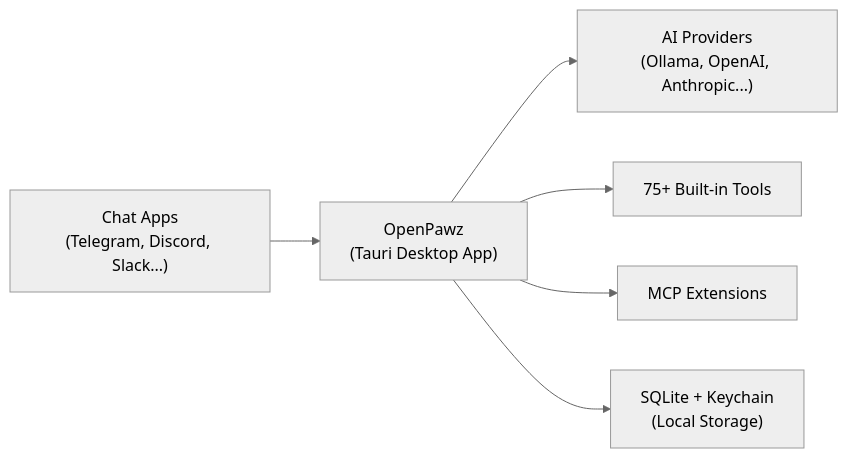
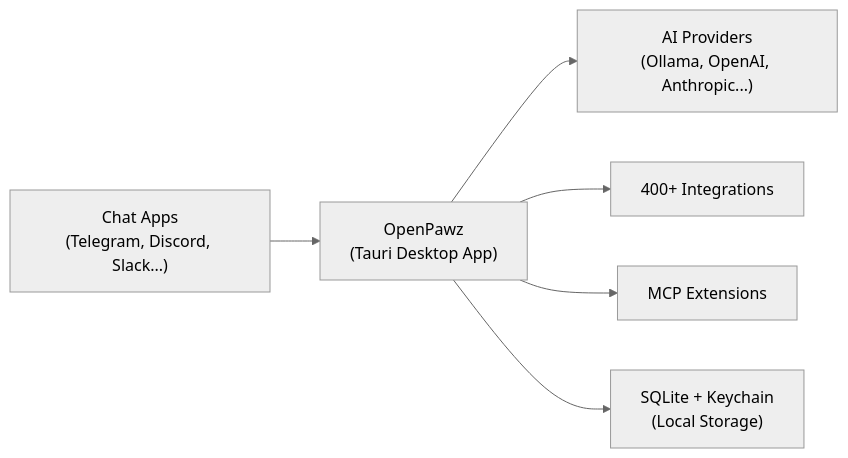
One commit to elisplash/paw changed the diagram in start/getting-started.mdx. Above: the diagram before and after it, drawn with Mermaid (neutral theme). The commit also changed other lines of this file and 8 other files, not shown here.

````diff
--- a/start/getting-started.mdx
+++ b/start/getting-started.mdx
@@ -74,8 +74,8 @@
 ```mermaid actions={false}
 graph LR
     A["Chat Apps\n(Telegram, Discord, Slack...)"] --> B["OpenPawz\n(Tauri Desktop App)"]
     B --> C["AI Providers\n(Ollama, OpenAI, Anthropic...)"]
-    B --> D["75+ Built-in Tools"]
+    B --> D["400+ Integrations"]
     B --> E["MCP Extensions"]
     B --> F["SQLite + Keychain\n(Local Storage)"]
 ```
````
